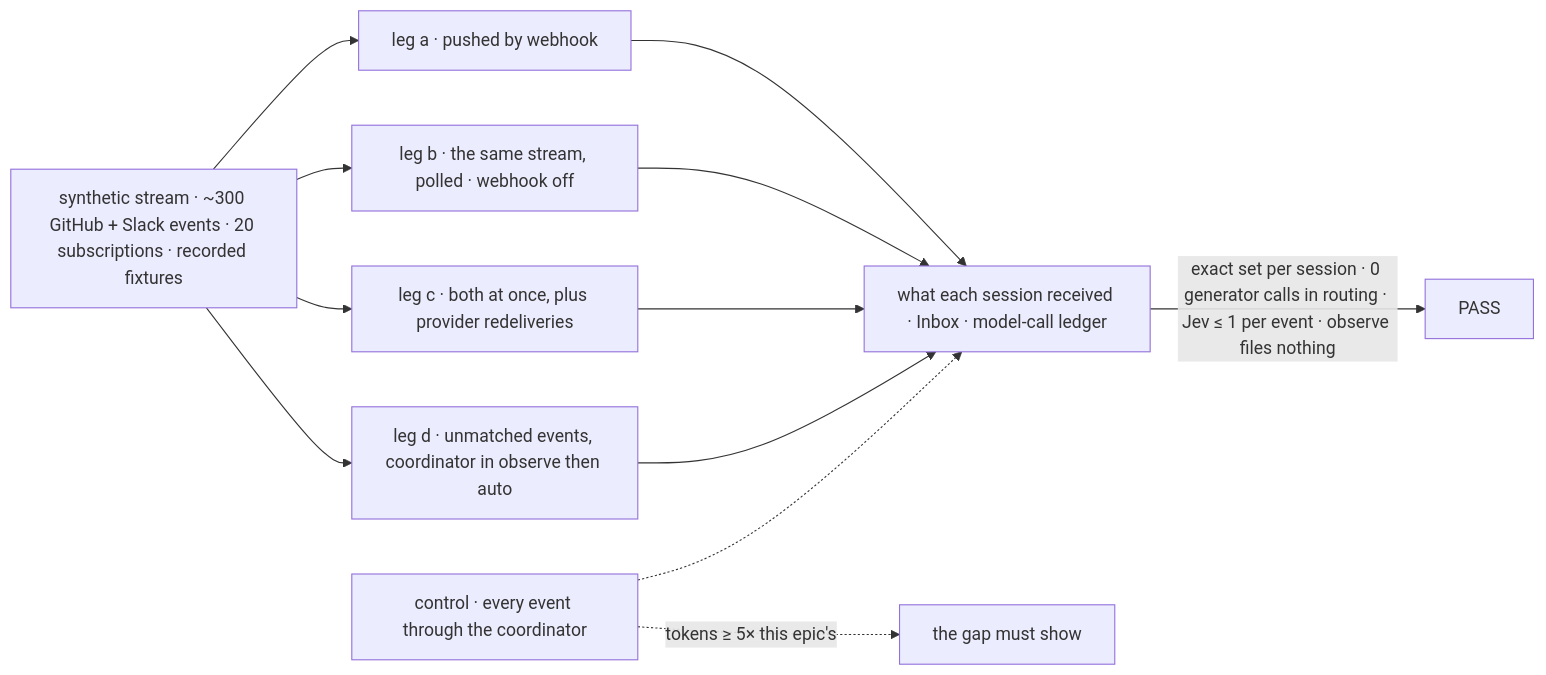
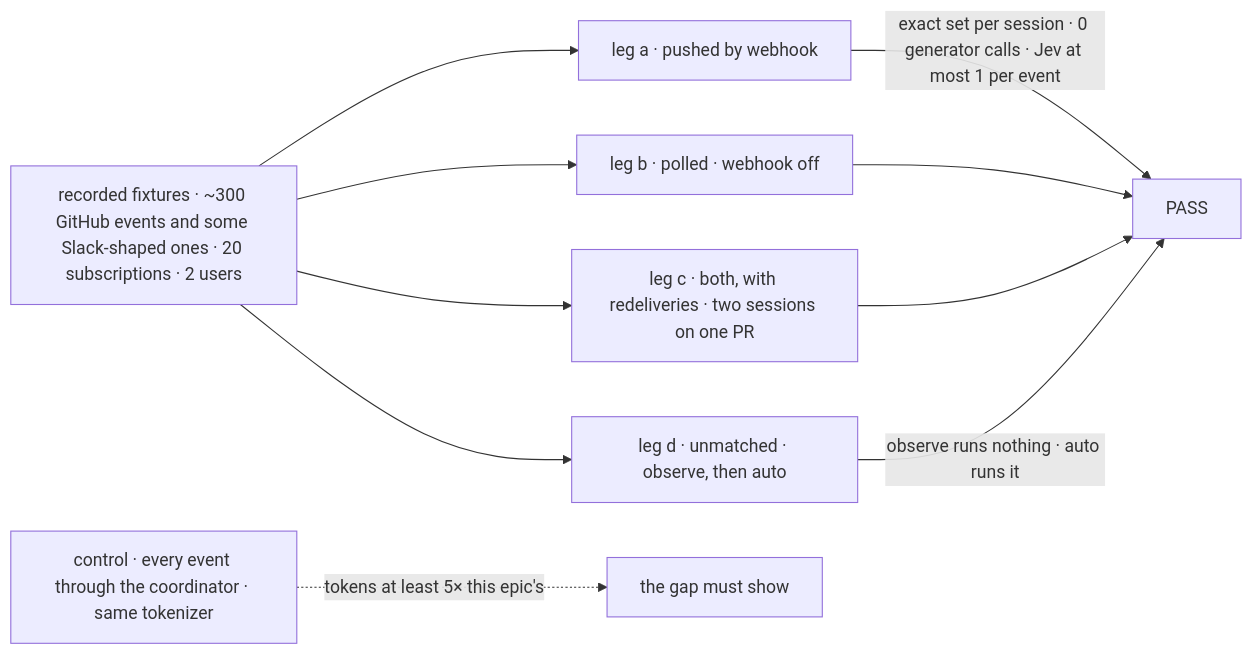
One commit to fixpoint-labs/flow-state-dev changed the first of 3 diagrams in specs/epics/FIX-2471/SPEC.md. Above: the diagram before and after it, drawn with Mermaid. The commit also changed other lines of this file and 10 other files, not shown here.

First line of the commit message:
spec(epic): FIX-2471 fold the second look: two dedupe answers, credentials, exempt sender, figures

````diff
--- a/specs/epics/FIX-2471/SPEC.md
+++ b/specs/epics/FIX-2471/SPEC.md
@@ -40,14 +36,12 @@
 ```mermaid
 flowchart LR
-  S["synthetic stream · ~300 GitHub + Slack events · 20 subscriptions · recorded fixtures"] --> L1["leg a · pushed by webhook"]
-  S --> L2["leg b · the same stream, polled · webhook off"]
-  S --> L3["leg c · both at once, plus provider redeliveries"]
-  S --> L4["leg d · unmatched events, coordinator in observe then auto"]
-  L1 --> T["what each session received · Inbox · model-call ledger"]
-  L2 --> T
-  L3 --> T
-  L4 --> T
-  T -->|"exact set per session · 0 generator calls in routing · Jev ≤ 1 per event · observe files nothing"| P["PASS"]
-  C["control · every event through the coordinator"] -.-> T
-  C -.->|"tokens ≥ 5× this epic's"| F["the gap must show"]
+  S["recorded fixtures · ~300 GitHub events and some Slack-shaped ones · 20 subscriptions · 2 users"] --> L1["leg a · pushed by webhook"]
+  S --> L2["leg b · polled · webhook off"]
+  S --> L3["leg c · both, with redeliveries · two sessions on one PR"]
+  S --> L4["leg d · unmatched · observe, then auto"]
+  L1 -->|"exact set per session · 0 generator calls · Jev at most 1 per event"| P["PASS"]
+  L2 --> P
+  L3 --> P
+  L4 -->|"observe runs nothing · auto runs it"| P
+  C["control · every event through the coordinator · same tokenizer"] -.->|"tokens at least 5× this epic's"| F["the gap must show"]
 ```
````
